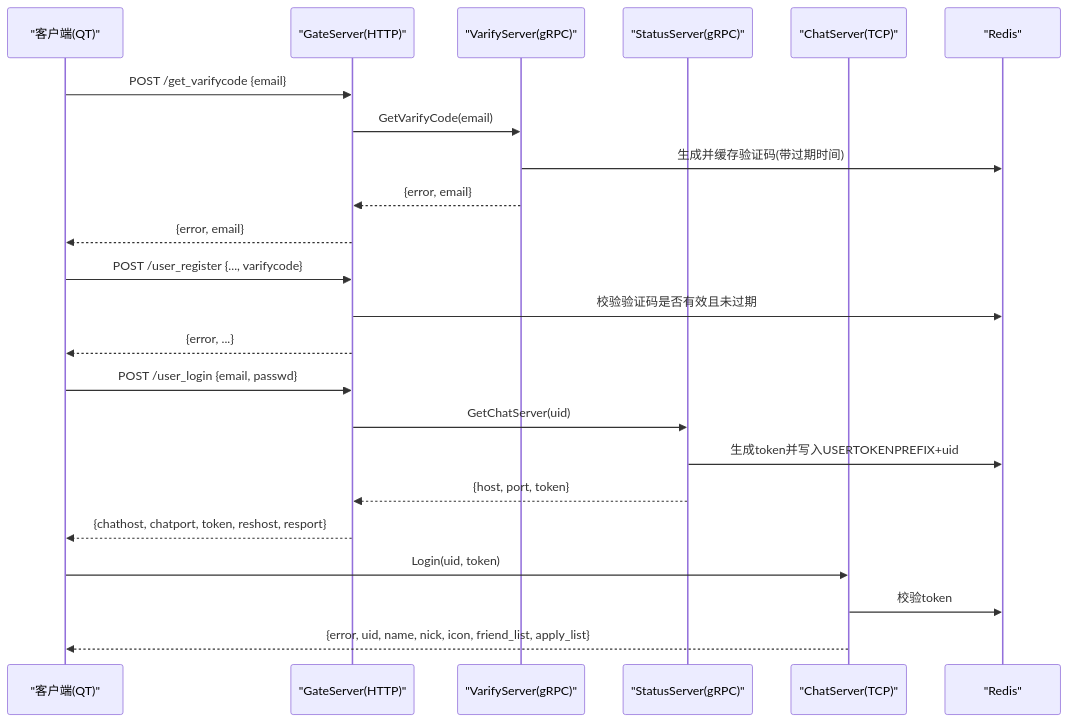
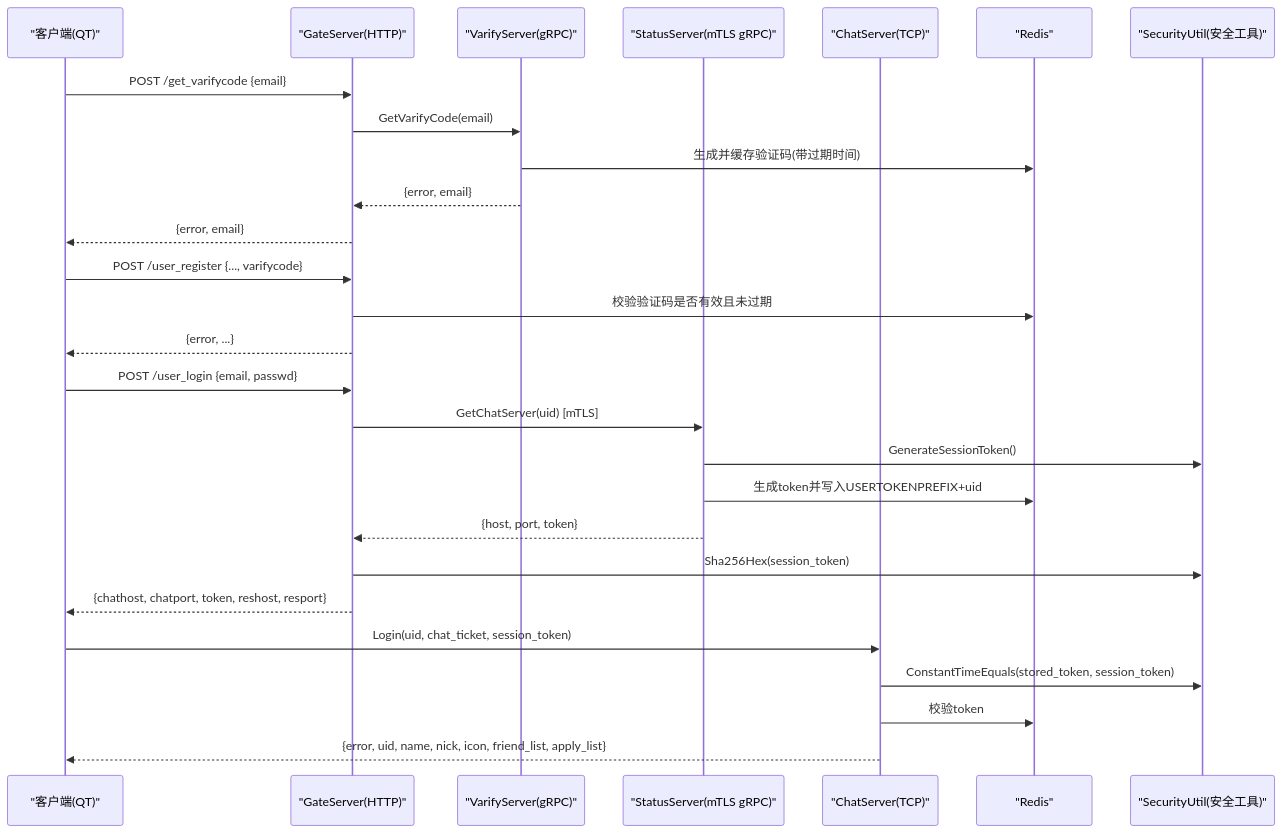
One commit to echo9923/mychatter changed the second of 11 diagrams in .qoder/repowiki/zh/content/安全设计/身份认证系统/身份认证系统.md. Above: the diagram before and after it, drawn with Mermaid. The commit also changed other lines of this file and 107 other files, not shown here.

````diff
--- a/.qoder/repowiki/zh/content/安全设计/身份认证系统/身份认证系统.md
+++ b/.qoder/repowiki/zh/content/安全设计/身份认证系统/身份认证系统.md
@@ -134,25 +167,29 @@
 ```mermaid
 sequenceDiagram
 participant Client as "客户端(QT)"
 participant Gate as "GateServer(HTTP)"
 participant Verify as "VarifyServer(gRPC)"
-participant Status as "StatusServer(gRPC)"
+participant Status as "StatusServer(mTLS gRPC)"
 participant Chat as "ChatServer(TCP)"
 participant Redis as "Redis"
+participant SecUtil as "SecurityUtil(安全工具)"
 Client->>Gate : POST /get_varifycode {email}
 Gate->>Verify : GetVarifyCode(email)
 Verify->>Redis : 生成并缓存验证码(带过期时间)
 Verify-->>Gate : {error, email}
 Gate-->>Client : {error, email}
 Client->>Gate : POST /user_register {..., varifycode}
 Gate->>Redis : 校验验证码是否有效且未过期
 Gate-->>Client : {error, ...}
 Client->>Gate : POST /user_login {email, passwd}
-Gate->>Status : GetChatServer(uid)
+Gate->>Status : GetChatServer(uid) [mTLS]
+Status->>SecUtil : GenerateSessionToken()
 Status->>Redis : 生成token并写入USERTOKENPREFIX+uid
 Status-->>Gate : {host, port, token}
+Gate->>SecUtil : Sha256Hex(session_token)
 Gate-->>Client : {chathost, chatport, token, reshost, resport}
-Client->>Chat : Login(uid, token)
+Client->>Chat : Login(uid, chat_ticket, session_token)
+Chat->>SecUtil : ConstantTimeEquals(stored_token, session_token)
 Chat->>Redis : 校验token
 Chat-->>Client : {error, uid, name, nick, icon, friend_list, apply_list}
 ```
````
